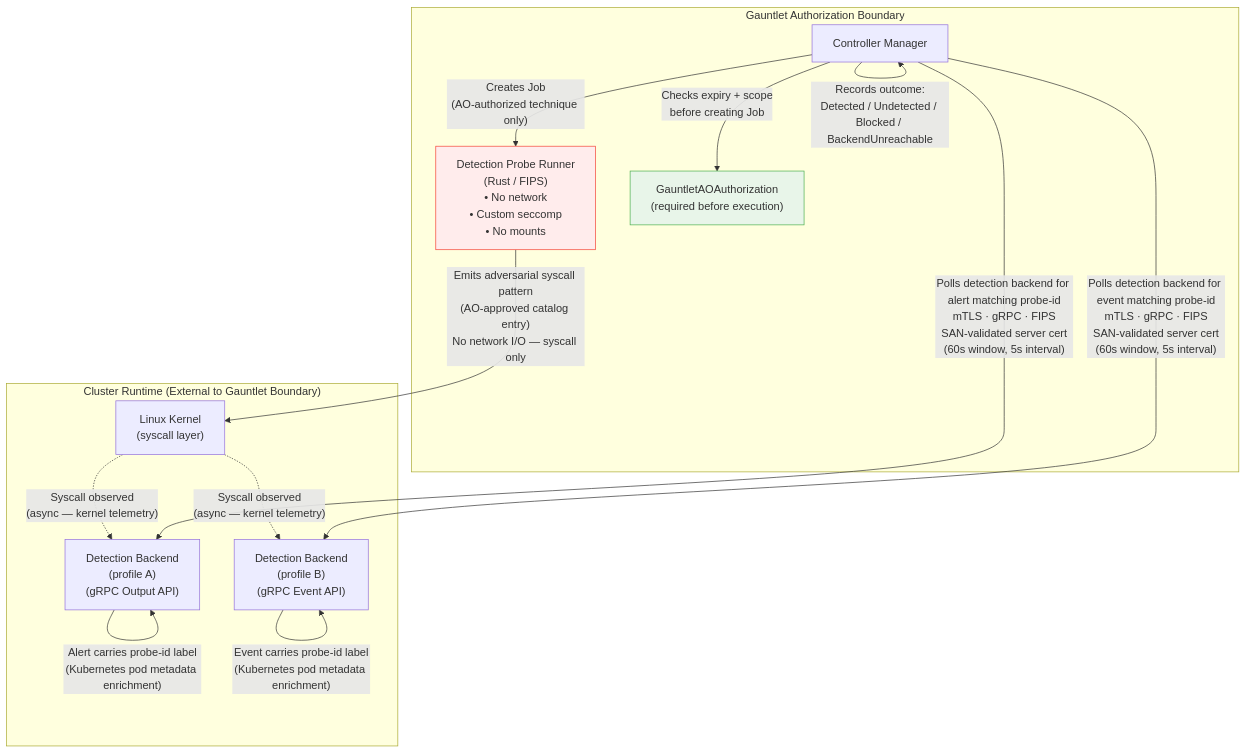
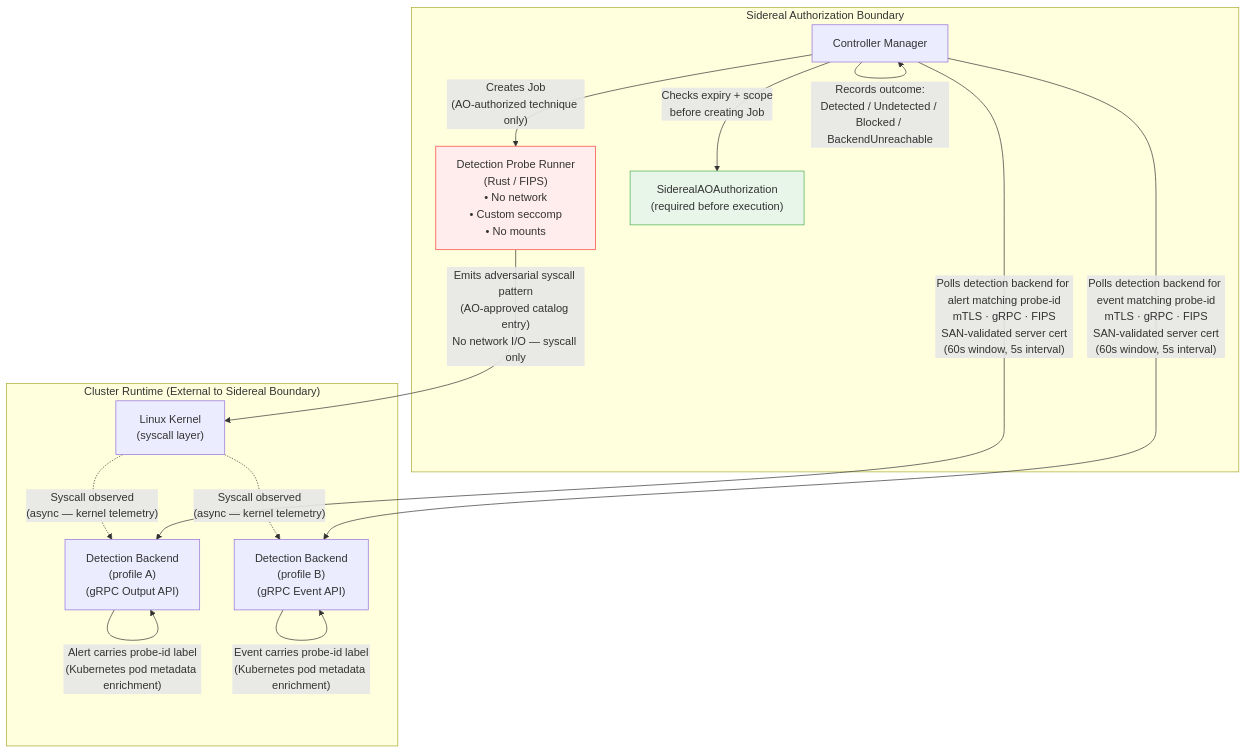
Before and after one commit to primaris-tech/sidereal: the second of 4 diagrams in compliance/diagrams/data-flows.md, drawn with Mermaid. The commit also changed other lines of this file and 104 other files, not shown here.

First line of the commit message:
Rename project from Gauntlet to Sidereal

````diff
--- a/compliance/diagrams/data-flows.md
+++ b/compliance/diagrams/data-flows.md
@@ -63,30 +63,30 @@
 ```mermaid
 flowchart TB
-    subgraph GAUNTLET ["Gauntlet Authorization Boundary"]
+    subgraph SIDEREAL ["Sidereal Authorization Boundary"]
         CTRL["Controller Manager"]
         DET_JOB["Detection Probe Runner\n(Rust / FIPS)\n• No network\n• Custom seccomp\n• No mounts"]
-        GAO["GauntletAOAuthorization\n(required before execution)"]
+        GAO["SiderealAOAuthorization\n(required before execution)"]
     end
 
-    subgraph CLUSTER ["Cluster Runtime (External to Gauntlet Boundary)"]
+    subgraph CLUSTER ["Cluster Runtime (External to Sidereal Boundary)"]
         KERNEL["Linux Kernel\n(syscall layer)"]
         DET_BACKEND_A["Detection Backend\n(profile A)\n(gRPC Output API)"]
         DET_BACKEND_B["Detection Backend\n(profile B)\n(gRPC Event API)"]
     end
 
     CTRL -->|"Checks expiry + scope\nbefore creating Job"| GAO
     CTRL -->|"Creates Job\n(AO-authorized technique only)"| DET_JOB
     DET_JOB -->|"Emits adversarial syscall pattern\n(AO-approved catalog entry)\nNo network I/O — syscall only"| KERNEL
     KERNEL -.->|"Syscall observed\n(async — kernel telemetry)"| DET_BACKEND_A
     KERNEL -.->|"Syscall observed\n(async — kernel telemetry)"| DET_BACKEND_B
     DET_BACKEND_A -->|"Alert carries probe-id label\n(Kubernetes pod metadata enrichment)"| DET_BACKEND_A
     DET_BACKEND_B -->|"Event carries probe-id label\n(Kubernetes pod metadata enrichment)"| DET_BACKEND_B
 
     CTRL -->|"Polls detection backend for alert matching probe-id\nmTLS · gRPC · FIPS\nSAN-validated server cert\n(60s window, 5s interval)"| DET_BACKEND_A
     CTRL -->|"Polls detection backend for event matching probe-id\nmTLS · gRPC · FIPS\nSAN-validated server cert\n(60s window, 5s interval)"| DET_BACKEND_B
 
     CTRL -->|"Records outcome:\nDetected / Undetected / Blocked / BackendUnreachable"| CTRL
 
     style DET_JOB fill:#ffecec,stroke:#f44336
     style GAO fill:#e8f5e9,stroke:#4CAF50
 ```
````
